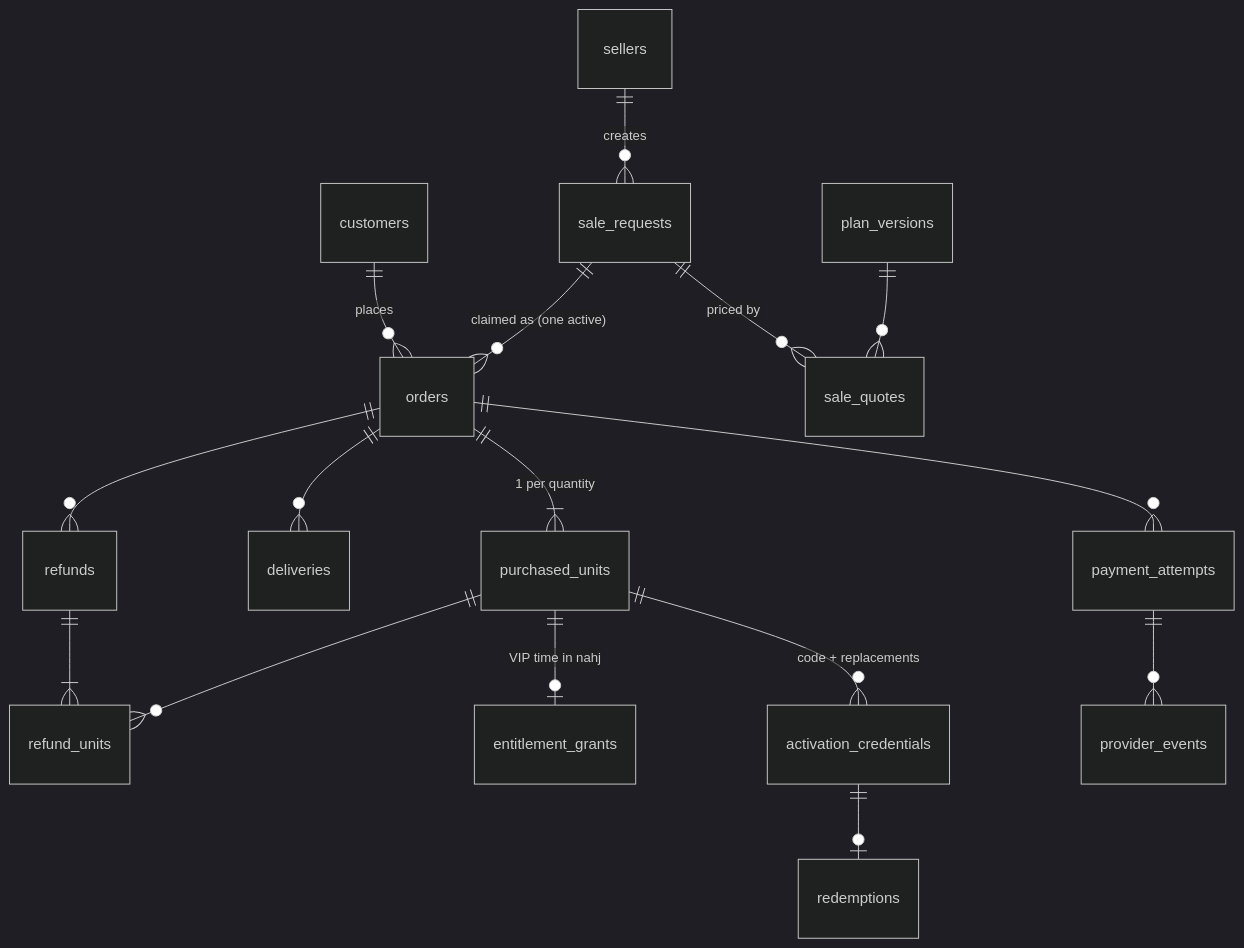
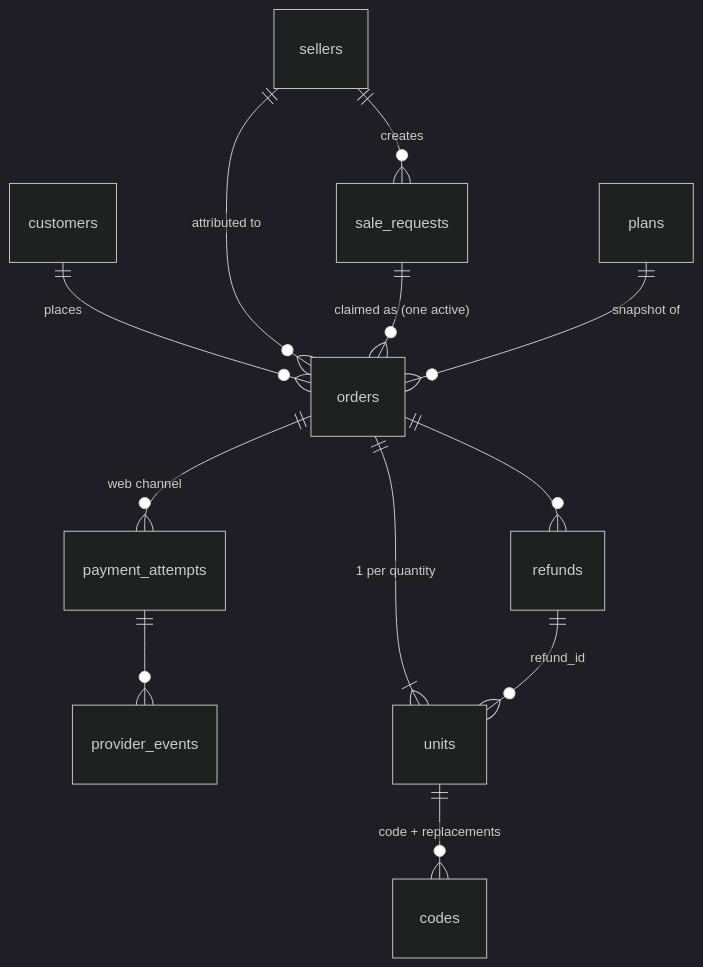
One commit to aafb5cs/nahj-agent-marketing changed the diagram in docs/03-database-design.md. Above: the diagram before and after it, drawn with Mermaid (dark theme). The commit also changed other lines of this file and 4 other files, not shown here.

First line of the commit message:
Optimize marketplace schema from 73 to 31 tables

````diff
--- a/docs/03-database-design.md
+++ b/docs/03-database-design.md
@@ -167,18 +169,14 @@
 ```mermaid
 erDiagram
     customers ||--o{ orders : places
     sellers ||--o{ sale_requests : creates
-    sale_requests ||--o{ sale_quotes : "priced by"
+    sellers ||--o{ orders : "attributed to"
     sale_requests ||--o{ orders : "claimed as (one active)"
-    plan_versions ||--o{ sale_quotes : ""
-    orders ||--o{ payment_attempts : ""
+    plans ||--o{ orders : "snapshot of"
+    orders ||--o{ payment_attempts : "web channel"
     payment_attempts ||--o{ provider_events : ""
-    orders ||--|{ purchased_units : "1 per quantity"
-    purchased_units ||--o{ activation_credentials : "code + replacements"
-    activation_credentials ||--o| redemptions : ""
-    purchased_units ||--o| entitlement_grants : "VIP time in nahj"
-    orders ||--o{ deliveries : ""
+    orders ||--|{ units : "1 per quantity"
+    units ||--o{ codes : "code + replacements"
     orders ||--o{ refunds : ""
-    refunds ||--|{ refund_units : ""
-    purchased_units ||--o{ refund_units : ""
+    refunds ||--o{ units : "refund_id"
 ```
````
